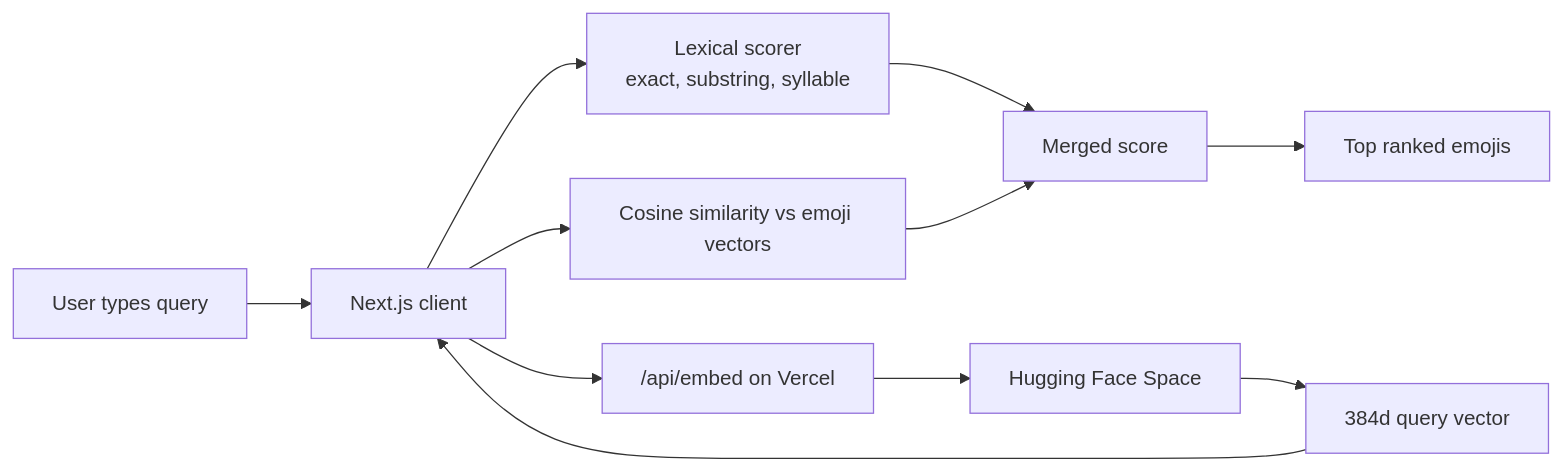
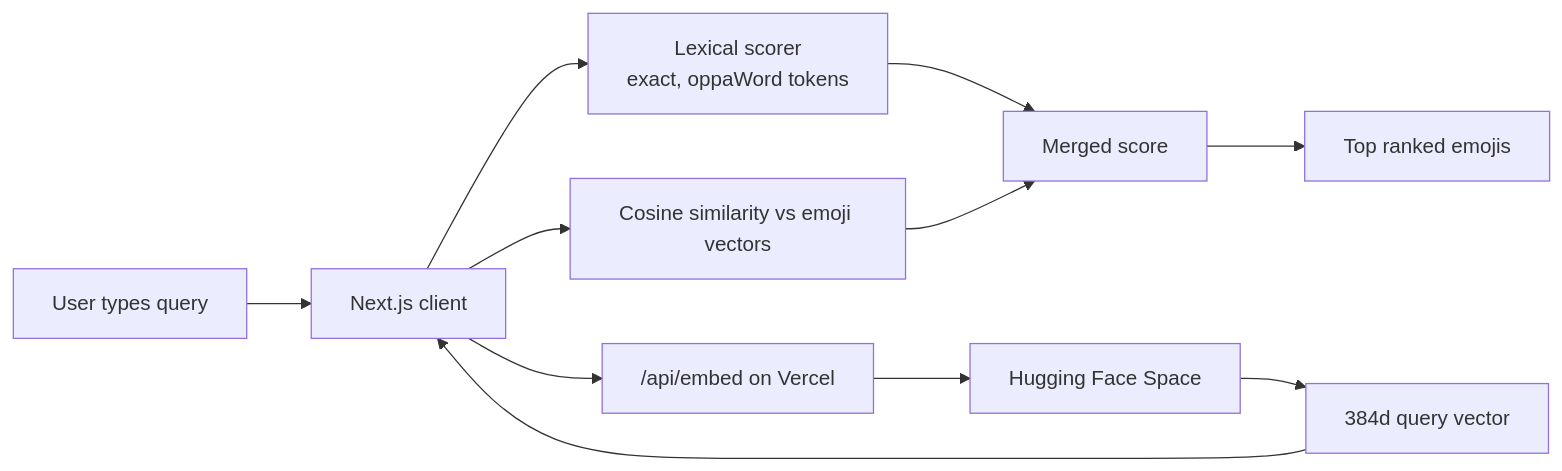
One commit to heinko/my-emoji-search changed the first of 2 diagrams in README.md. Above: the diagram before and after it, drawn with Mermaid. The commit also changed other lines of this file and 18 other files, not shown here.

````diff
--- a/README.md
+++ b/README.md
@@ -26,13 +26,13 @@
 ```mermaid
 flowchart LR
     U["User types query"] --> C["Next.js client"]
-    C --> L["Lexical scorer<br/>exact, substring, syllable"]
+    C --> L["Lexical scorer<br/>exact, oppaWord tokens"]
     C --> A["/api/embed on Vercel"]
     A --> S["Hugging Face Space"]
     S --> V["384d query vector"]
     V --> C
     C --> R["Cosine similarity vs emoji vectors"]
     L --> M["Merged score"]
     R --> M
     M --> O["Top ranked emojis"]
 ```
````
